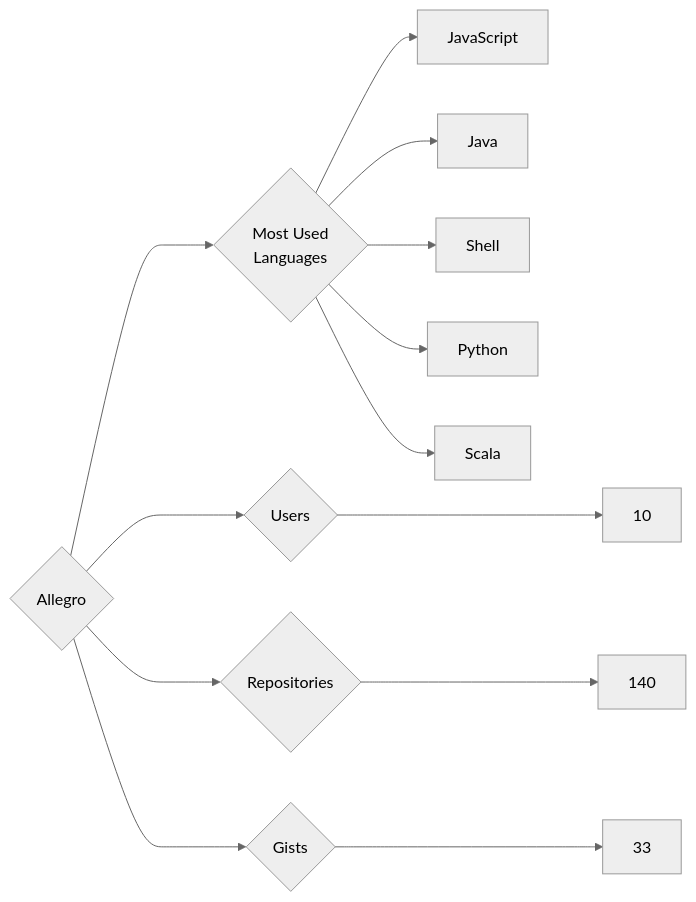
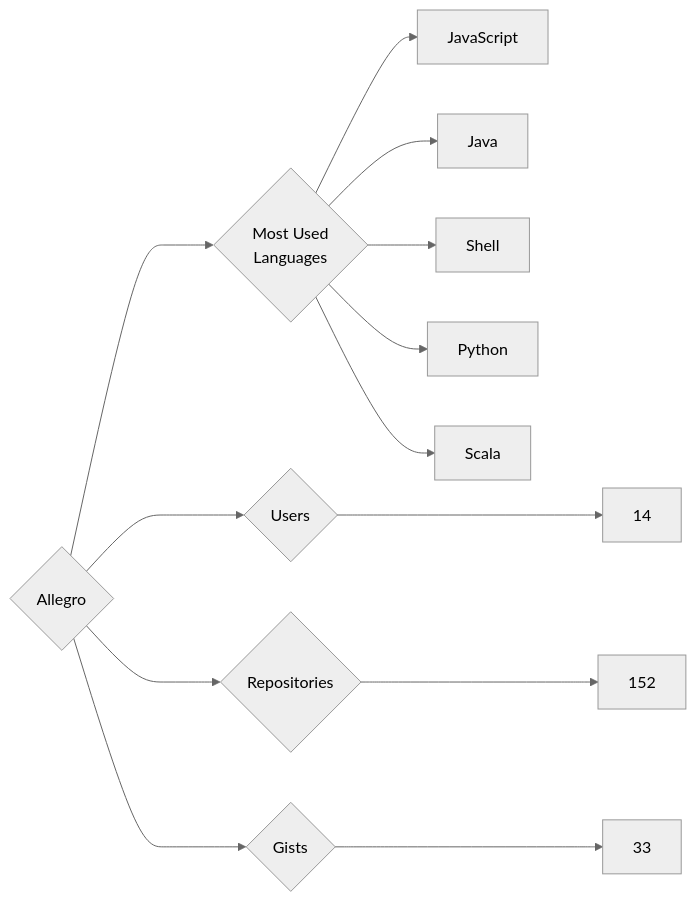
One commit to trickest/insiders changed the diagram in targets/Allegro/README.md. Above: the diagram before and after it, drawn with Mermaid (neutral theme). The commit also changed 1314 other files, not shown here.

````diff
--- a/targets/Allegro/README.md
+++ b/targets/Allegro/README.md
@@ -3,13 +3,13 @@
 ```mermaid
 graph LR
 COMPANY_NAME{Allegro}
-COMPANY_NAME ---> U{Users} ---> UN[10]
-COMPANY_NAME ---> R{Repositories} ---> RN[140]
+COMPANY_NAME ---> U{Users} ---> UN[14]
+COMPANY_NAME ---> R{Repositories} ---> RN[152]
 COMPANY_NAME ---> G{Gists} ---> GN[33]
 COMPANY_NAME ---> ML{Most Used<br>Languages}
 ML --> JavaScript[JavaScript]
 ML --> Java[Java]
 ML --> Shell[Shell]
 ML --> Python[Python]
 ML --> Scala[Scala]
 ```
````
